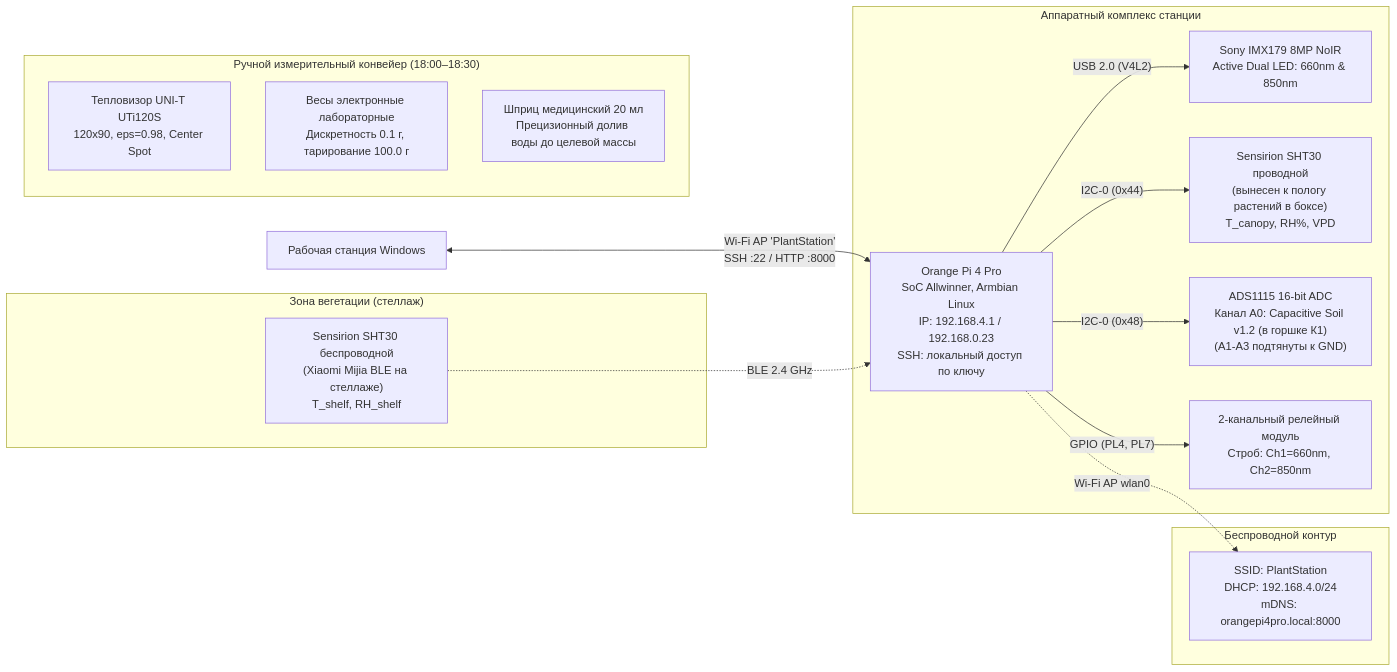
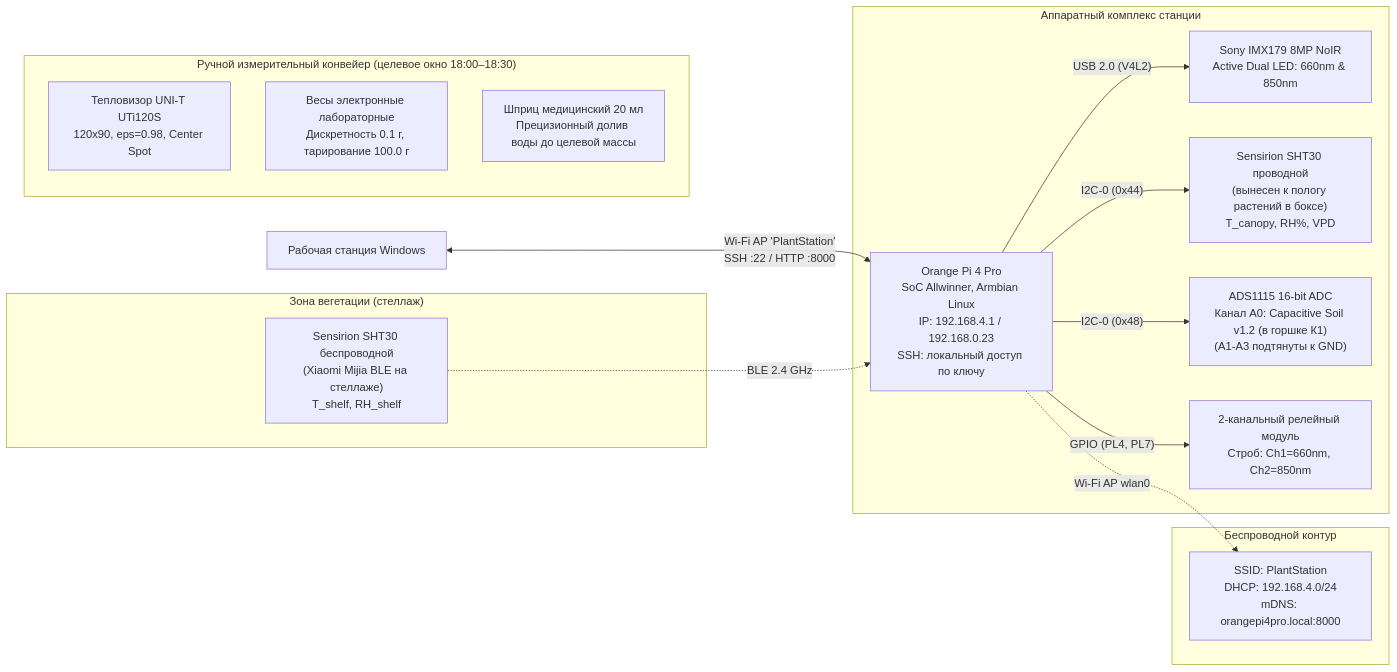
The diagram in docs/wave2/HANDOFF_WAVE2.md (ezicvtumane/plant-stress-ndvi), drawn with Mermaid before and after one commit. The commit also changed other lines of this file and 67 other files, not shown here.

````diff
--- a/docs/wave2/HANDOFF_WAVE2.md
+++ b/docs/wave2/HANDOFF_WAVE2.md
@@ -48,25 +48,25 @@
 ```mermaid
 flowchart LR
     PC["Рабочая станция Windows"] <-->|"Wi-Fi AP 'PlantStation'<br>SSH :22 / HTTP :8000"| OPi["Orange Pi 4 Pro<br>SoC Allwinner, Armbian Linux<br>IP: 192.168.4.1 / 192.168.0.23<br>SSH: локальный доступ по ключу"]
     
     subgraph OPi_Peripherals["Аппаратный комплекс станции"]
         OPi -->|"USB 2.0 (V4L2)"| CAM["Sony IMX179 8MP NoIR<br>Active Dual LED: 660nm & 850nm"]
         OPi -->|"I2C-0 (0x44)"| SHT_CANOPY["Sensirion SHT30 проводной<br>(вынесен к пологу растений в боксе)<br>T_canopy, RH%, VPD"]
         OPi -->|"I2C-0 (0x48)"| ADC["ADS1115 16-bit ADC<br>Канал A0: Capacitive Soil v1.2 (в горшке К1)<br>(A1-A3 подтянуты к GND)"]
         OPi -->|"GPIO (PL4, PL7)"| RELAY["2-канальный релейный модуль<br>Строб: Ch1=660nm, Ch2=850nm"]
     end
 
     subgraph Shelf_Zone["Зона вегетации (стеллаж)"]
         SHT_SHELF["Sensirion SHT30 беспроводной<br>(Xiaomi Mijia BLE на стеллаже)<br>T_shelf, RH_shelf"] -.->|"BLE 2.4 GHz"| OPi
     end
 
     subgraph Mobile_AP["Беспроводной контур"]
         OPi -.->|"Wi-Fi AP wlan0"| AP["SSID: PlantStation<br>DHCP: 192.168.4.0/24<br>mDNS: orangepi4pro.local:8000"]
     end
 
-    subgraph Operator_Hardware["Ручной измерительный конвейер (18:00–18:30)"]
+    subgraph Operator_Hardware["Ручной измерительный конвейер (целевое окно 18:00–18:30)"]
         LWIR["Тепловизор UNI-T UTi120S<br>120x90, eps=0.98, Center Spot"]
         SCALE["Весы электронные лабораторные<br>Дискретность 0.1 г, тарирование 100.0 г"]
         SYRINGE["Шприц медицинский 20 мл<br>Прецизионный долив воды до целевой массы"]
     end
 ```
````
